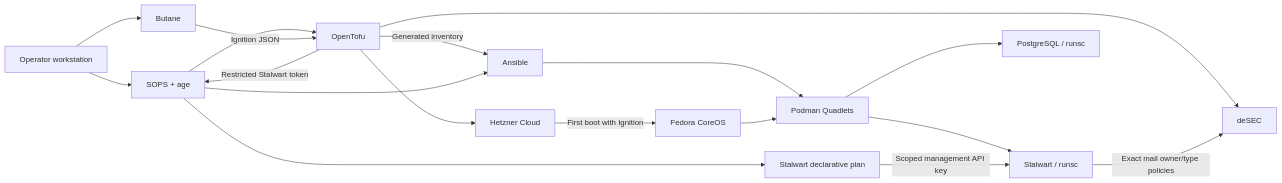
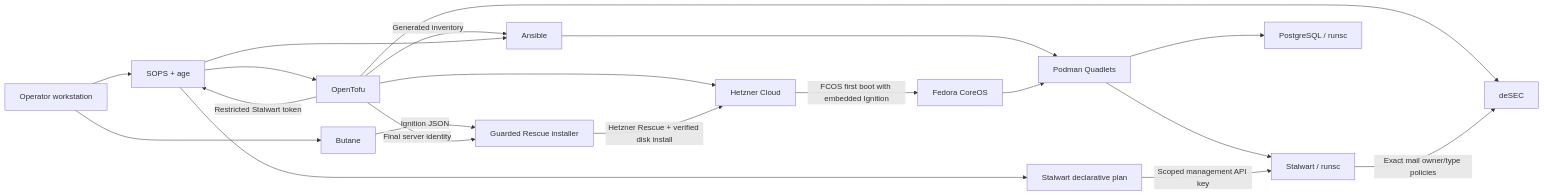
One commit to thefutureisprivate/infrastructure changed the diagram in Documentation/Architecture.md. Above: the diagram before and after it, drawn with Mermaid. The commit also changed other lines of this file and 32 other files, not shown here.

Commit message:
Deploy FCOS directly through Hetzner Rescue

````diff
--- a/Documentation/Architecture.md
+++ b/Documentation/Architecture.md
@@ -26,33 +26,36 @@
 ```mermaid
 flowchart LR
   operator["Operator workstation"]
   age["SOPS + age"]
   butane["Butane"]
+  installer["Guarded Rescue installer"]
   tofu["OpenTofu"]
   hcloud["Hetzner Cloud"]
   desec["deSEC"]
   ansible["Ansible"]
   fcos["Fedora CoreOS"]
   quadlet["Podman Quadlets"]
   hardening["Stalwart declarative plan"]
   stalwart["Stalwart / runsc"]
   postgres["PostgreSQL / runsc"]
 
   operator --> age
   operator --> butane
   age --> tofu
-  butane -->|"Ignition JSON"| tofu
+  butane -->|"Ignition JSON"| installer
   tofu --> hcloud
   tofu --> desec
-  hcloud -->|"First boot with Ignition"| fcos
+  tofu -->|"Final server identity"| installer
+  installer -->|"Hetzner Rescue + verified disk install"| hcloud
+  hcloud -->|"FCOS first boot with embedded Ignition"| fcos
   tofu -->|"Generated inventory"| ansible
   tofu -->|"Restricted Stalwart token"| age
   age --> ansible
   ansible --> quadlet
   quadlet --> stalwart
   quadlet --> postgres
   age --> hardening
   hardening -->|"Scoped management API key"| stalwart
   fcos --> quadlet
   stalwart -->|"Exact mail owner/type policies"| desec
 ```
````
